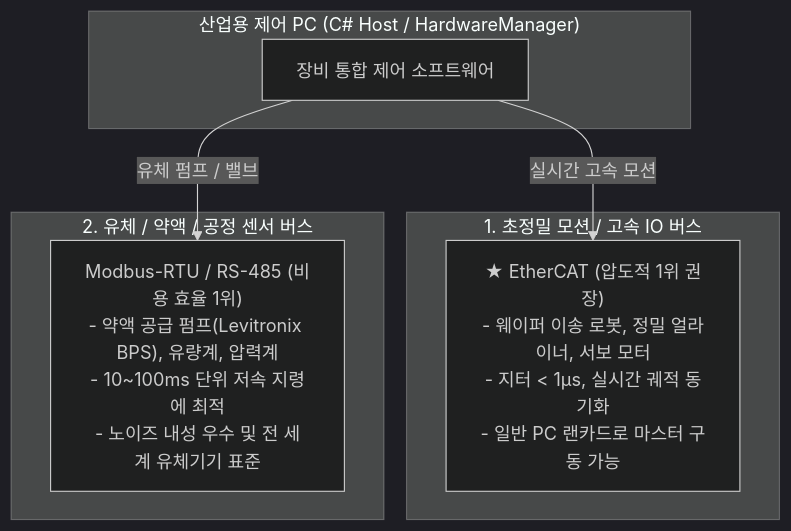
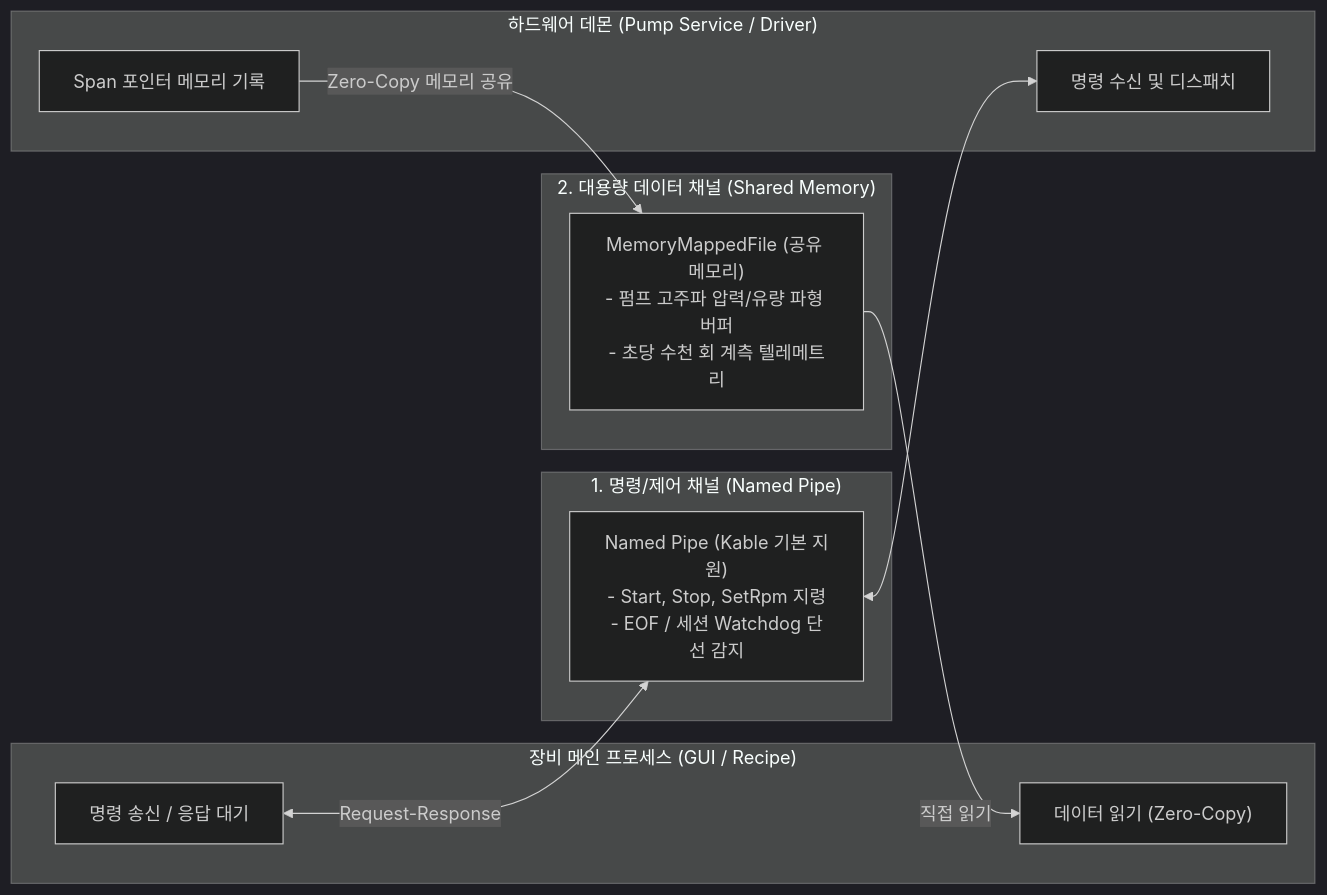
One commit to Johnny-HW/Kable changed the first of 2 diagrams in docs/06_INDUSTRIAL_HIGH_RELIABILITY_COMM_ROADMAP.md. Above: the diagram before and after it, drawn with Mermaid (dark theme). The commit also changed other lines of this file, not shown here.

Commit message:
docs(kable): complete rigorous technical refinement of 06 roadmap addressing safety boundaries and determinism prerequisites

````diff
--- a/docs/06_INDUSTRIAL_HIGH_RELIABILITY_COMM_ROADMAP.md
+++ b/docs/06_INDUSTRIAL_HIGH_RELIABILITY_COMM_ROADMAP.md
@@ -101,17 +58,23 @@
 ```mermaid
-graph TD
-    subgraph PC ["산업용 제어 PC (C# Host / HardwareManager)"]
-        HostEngine["장비 통합 제어 소프트웨어"]
+graph LR
+    subgraph HostProcess ["장비 메인 프로세스 (GUI / Recipe)"]
+        CmdClient["명령 송신 / 응답 대기"]
+        DataViewer["데이터 읽기 (Zero-Copy)"]
     end
 
-    subgraph FastBus ["1. 초정밀 모션 / 고속 IO 버스"]
-        EtherCAT["★ EtherCAT (압도적 1위 권장)<br/>- 웨이퍼 이송 로봇, 정밀 얼라이너, 서보 모터<br/>- 지터 < 1µs, 실시간 궤적 동기화<br/>- 일반 PC 랜카드로 마스터 구동 가능"]
+    subgraph Channel1 ["1. 명령/제어 채널 (Named Pipe)"]
+        Pipe["Named Pipe (Kable 기본 지원)<br/>- Start, Stop, SetRpm 지령<br/>- EOF / 세션 Watchdog 단선 감지"]
     end
 
-    subgraph SlowBus ["2. 유체 / 약액 / 공정 센서 버스"]
-        SerialBus["Modbus-RTU / RS-485 (비용 효율 1위)<br/>- 약액 공급 펌프(Levitronix BPS), 유량계, 압력계<br/>- 10~100ms 단위 저속 지령에 최적<br/>- 노이즈 내성 우수 및 전 세계 유체기기 표준"]
+    subgraph Channel2 ["2. 대용량 데이터 채널 (Shared Memory)"]
+        MMF["MemoryMappedFile (공유 메모리)<br/>- 펌프 고주파 압력/유량 파형 버퍼<br/>- 초당 수천 회 계측 텔레메트리"]
     end
 
-    HostEngine -->|실시간 고속 모션| EtherCAT
-    HostEngine -->|유체 펌프 / 밸브| SerialBus
+    subgraph DaemonProcess ["하드웨어 데몬 (Pump Service / Driver)"]
+        CmdServer["명령 수신 및 디스패치"]
+        DataWriter["Span 포인터 메모리 기록"]
+    end
+
+    CmdClient <-->|Request-Response| Pipe <--> CmdServer
+    DataWriter -->|Zero-Copy 메모리 공유| MMF -->|직접 읽기| DataViewer
 ```
````
